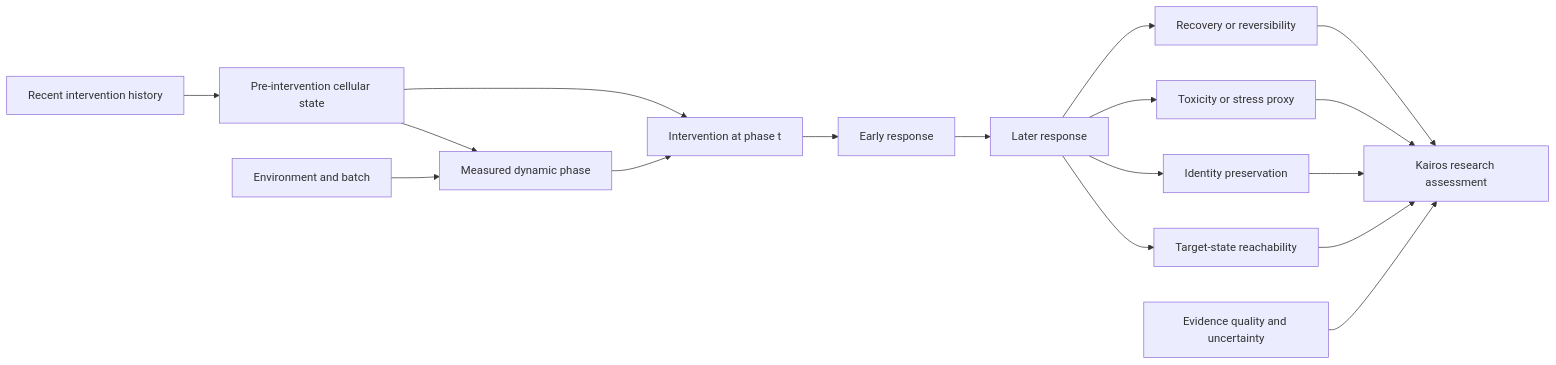
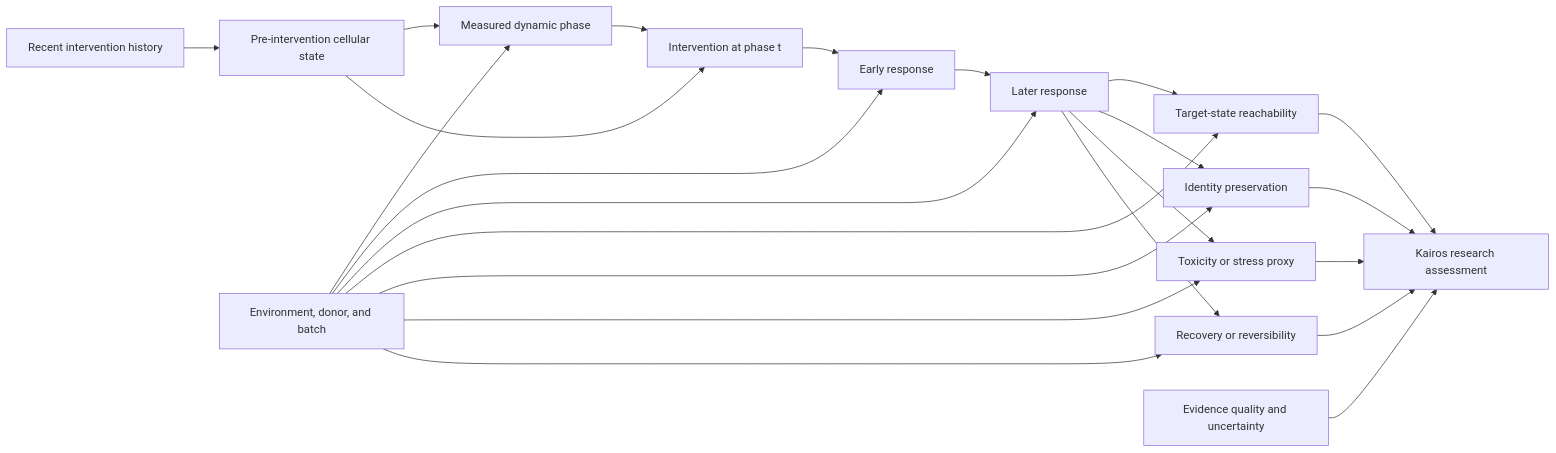
Before and after one commit to safal207/Kairos-Gate-for-X-Cell: the diagram in docs/CAUSAL_GRAPH.md, drawn with Mermaid. The commit also changed other lines of this file, not shown here.

Commit message:
docs: model direct confounder paths

````diff
--- a/docs/CAUSAL_GRAPH.md
+++ b/docs/CAUSAL_GRAPH.md
@@ -3,19 +3,25 @@
 ```mermaid
 flowchart LR
     S[Pre-intervention cellular state] --> P[Measured dynamic phase]
-    E[Environment and batch] --> P
+    E[Environment, donor, and batch] --> P
+    E --> R1[Early response]
+    E --> R2[Later response]
+    E --> T[Target-state reachability]
+    E --> ID[Identity preservation]
+    E --> TX[Toxicity or stress proxy]
+    E --> RV[Recovery or reversibility]
     H[Recent intervention history] --> S
     P --> I[Intervention at phase t]
     S --> I
-    I --> R1[Early response]
-    R1 --> R2[Later response]
-    R2 --> T[Target-state reachability]
-    R2 --> ID[Identity preservation]
-    R2 --> TX[Toxicity or stress proxy]
-    R2 --> RV[Recovery or reversibility]
+    I --> R1
+    R1 --> R2
+    R2 --> T
+    R2 --> ID
+    R2 --> TX
+    R2 --> RV
     T --> G[Kairos research assessment]
     ID --> G
     TX --> G
     RV --> G
     Q[Evidence quality and uncertainty] --> G
 ```
````
